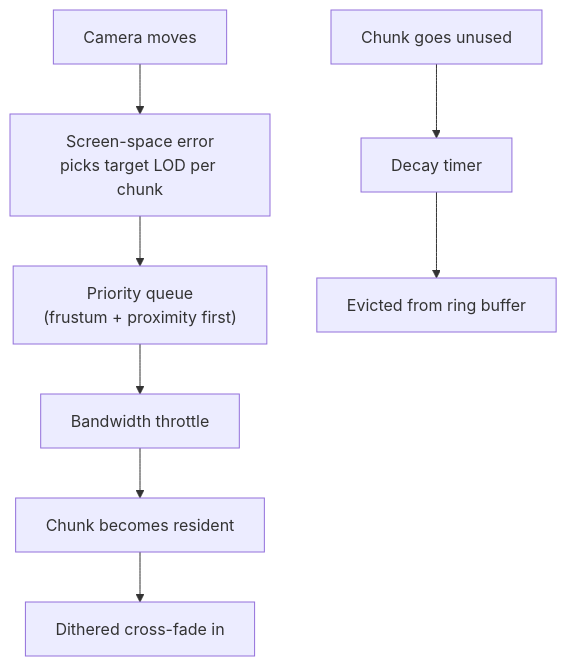
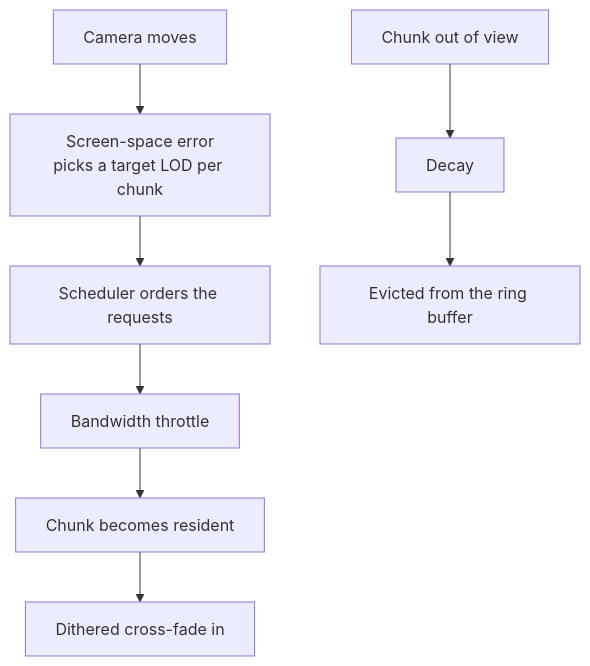
Before and after one commit to dewilkinson/splatlab: the second of 3 diagrams in docs/USER_GUIDE.md, drawn with Mermaid. The commit also changed other lines of this file and 1 other file, not shown here.

````diff
--- a/docs/USER_GUIDE.md
+++ b/docs/USER_GUIDE.md
@@ -85,10 +105,10 @@
 ```mermaid
 flowchart TD
-    Cam["Camera moves"] --> Sel["Screen-space error<br/>picks target LOD per chunk"]
-    Sel --> Q["Priority queue<br/>(frustum + proximity first)"]
+    Cam["Camera moves"] --> Sel["Screen-space error<br/>picks a target LOD per chunk"]
+    Sel --> Q["Scheduler orders the requests"]
     Q --> BW["Bandwidth throttle"]
     BW --> Res["Chunk becomes resident"]
     Res --> Dith["Dithered cross-fade in"]
-    Idle["Chunk goes unused"] --> Decay["Decay timer"]
-    Decay --> Evict["Evicted from ring buffer"]
+    Idle["Chunk out of view"] --> Decay["Decay"]
+    Decay --> Evict["Evicted from the ring buffer"]
 ```
````
